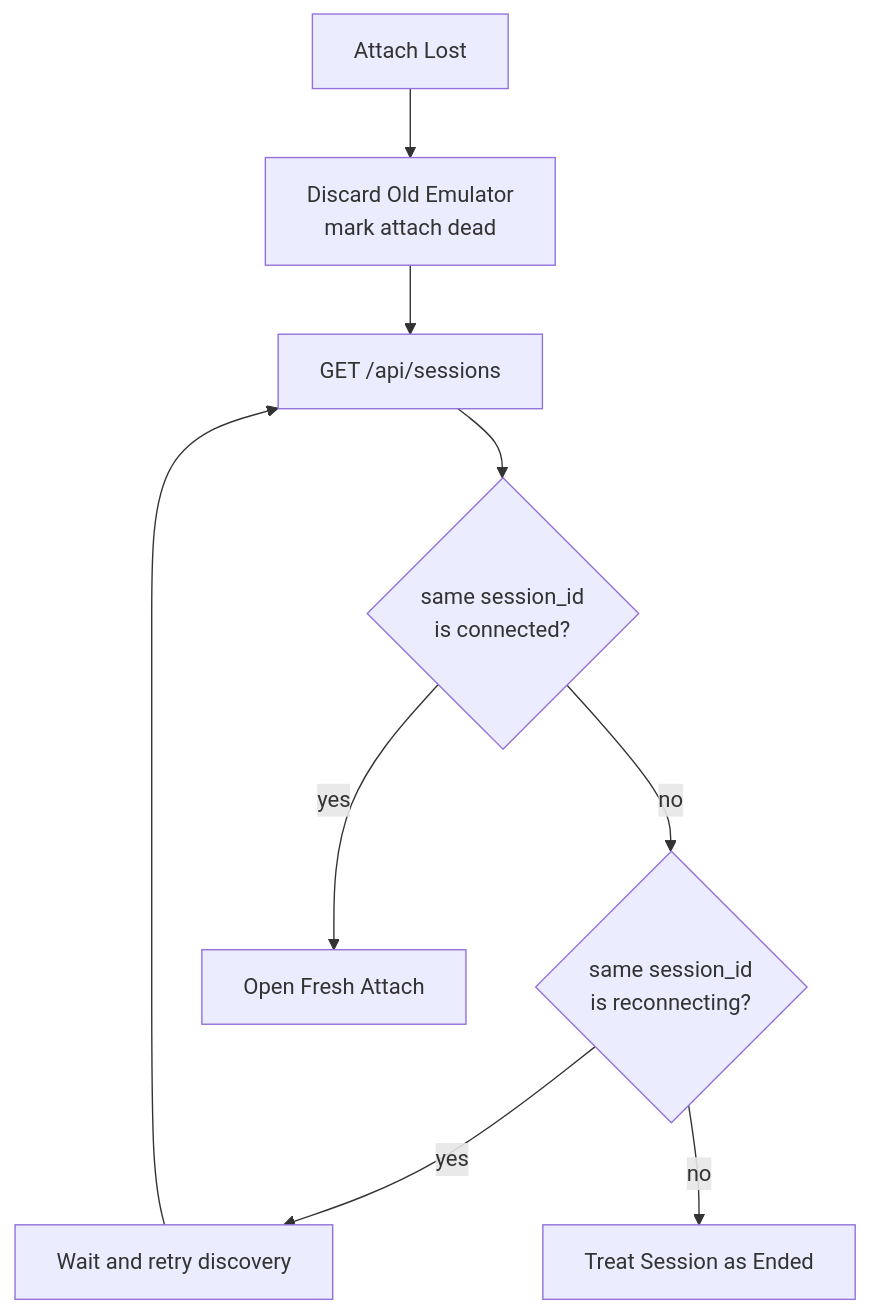
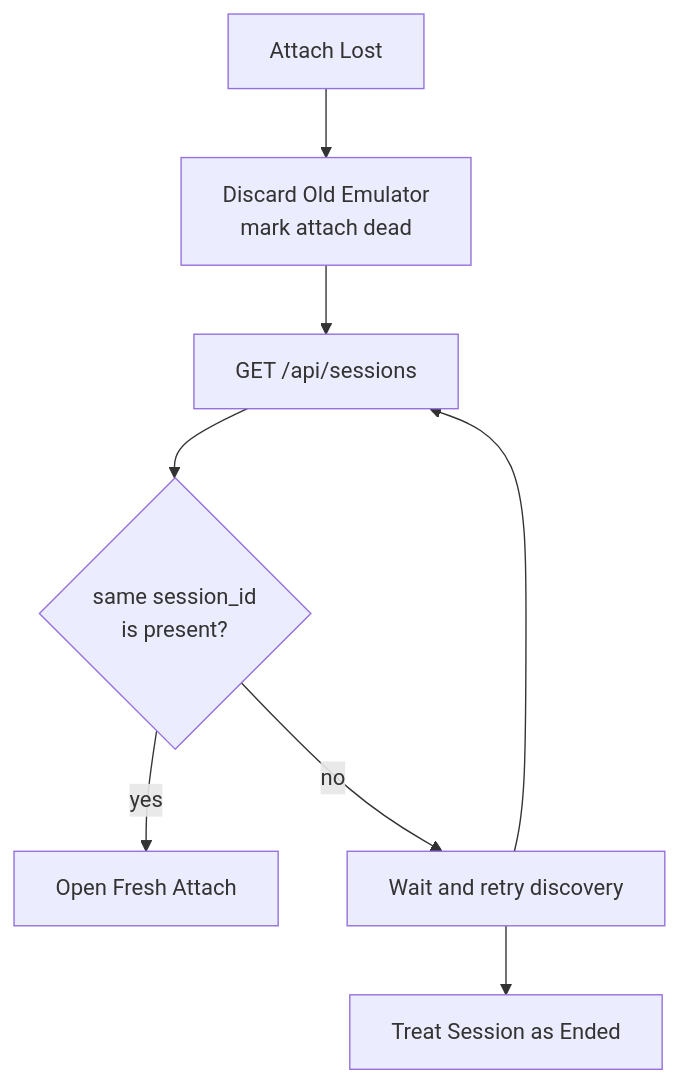
Before and after one commit to yuanbohan/agent-tunnel: the seventh of 7 diagrams in docs/tui-attach-flow.md, drawn with Mermaid. The commit also changed other lines of this file and 18 other files, not shown here.

````diff
--- a/docs/tui-attach-flow.md
+++ b/docs/tui-attach-flow.md
@@ -455,20 +454,18 @@
 ```mermaid
 flowchart TD
   LOST["Attach Lost"]
   DROP["Discard Old Emulator<br/>mark attach dead"]
   LIST["GET /api/sessions"]
-  CONNECTED{"same session_id<br/>is connected?"}
-  RECONNECTING{"same session_id<br/>is reconnecting?"}
+  PRESENT{"same session_id<br/>is present?"}
   ATTACH["Open Fresh Attach"]
   WAIT["Wait and retry discovery"]
   ENDED["Treat Session as Ended"]
 
   LOST --> DROP
   DROP --> LIST
-  LIST --> CONNECTED
-  CONNECTED -->|yes| ATTACH
-  CONNECTED -->|no| RECONNECTING
-  RECONNECTING -->|yes| WAIT
-  RECONNECTING -->|no| ENDED
+  LIST --> PRESENT
+  PRESENT -->|yes| ATTACH
+  PRESENT -->|no| WAIT
   WAIT --> LIST
+  WAIT --> ENDED
 ```
````
